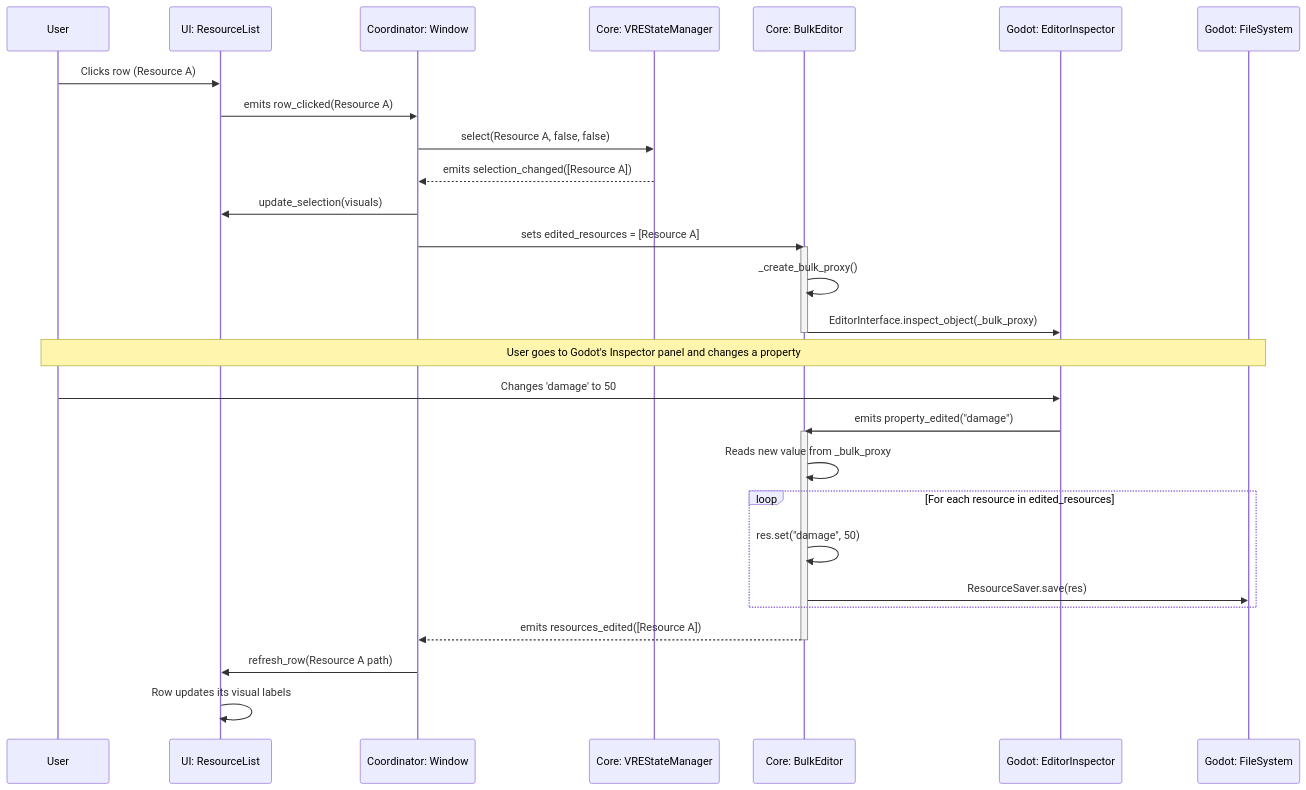
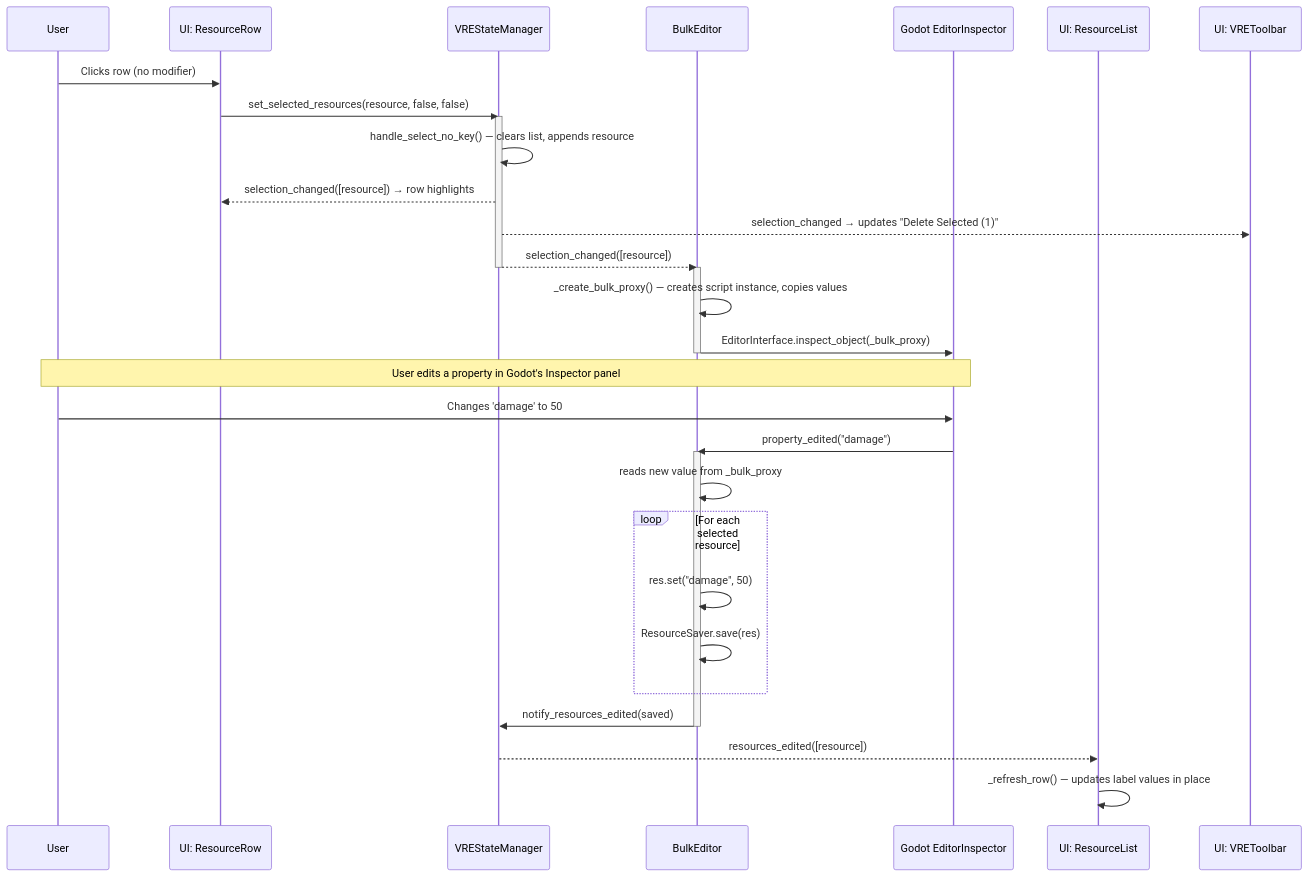
The fourth of 6 diagrams in addons/diablohumastudio/visual_resources_editor/diagrams.md (diablohumastudioadmin/data-systems-2), drawn with Mermaid before and after one commit. The commit also changed other lines of this file and 10 other files, not shown here.

First line of the commit message:
refactor(vre): split VREStateManager into focused sub-managers

````diff
--- a/addons/diablohumastudio/visual_resources_editor/diagrams.md
+++ b/addons/diablohumastudio/visual_resources_editor/diagrams.md
@@ -157,40 +151,42 @@
 ```mermaid
 sequenceDiagram
     participant User
+    participant Row as UI: ResourceRow
+    participant State as VREStateManager
+    participant Bulk as BulkEditor
+    participant Inspector as Godot EditorInspector
     participant ResList as UI: ResourceList
-    participant Window as Coordinator: Window
-    participant State as Core: VREStateManager
-    participant Bulk as Core: BulkEditor
-    participant Inspector as Godot: EditorInspector
-    participant FS as Godot: FileSystem
+    participant Toolbar as UI: VREToolbar
 
-    User->>ResList: Clicks row (Resource A)
-    ResList->>Window: emits row_clicked(Resource A)
-    Window->>State: select(Resource A, false, false)
-    State-->>Window: emits selection_changed([Resource A])
-    
-    Window->>ResList: update_selection(visuals)
-    Window->>Bulk: sets edited_resources = [Resource A]
-    
+    User->>Row: Clicks row (no modifier)
+    Row->>State: set_selected_resources(resource, false, false)
+
+    activate State
+    State->>State: handle_select_no_key() — clears list, appends resource
+    State-->>Row: selection_changed([resource]) → row highlights
+    State-->>Toolbar: selection_changed → updates "Delete Selected (1)"
+    State-->>Bulk: selection_changed([resource])
+    deactivate State
+
     activate Bulk
-    Bulk->>Bulk: _create_bulk_proxy()
+    Bulk->>Bulk: _create_bulk_proxy() — creates script instance, copies values
     Bulk->>Inspector: EditorInterface.inspect_object(_bulk_proxy)
     deactivate Bulk
 
-    Note over User, FS: User goes to Godot's Inspector panel and changes a property
+    Note over User, Inspector: User edits a property in Godot's Inspector panel
 
     User->>Inspector: Changes 'damage' to 50
-    Inspector->>Bulk: emits property_edited("damage")
-    
+    Inspector->>Bulk: property_edited("damage")
+
     activate Bulk
-    Bulk->>Bulk: Reads new value from _bulk_proxy
-    loop For each resource in edited_resources
+    Bulk->>Bulk: reads new value from _bulk_proxy
+    loop For each selected resource
         Bulk->>Bulk: res.set("damage", 50)
-        Bulk->>FS: ResourceSaver.save(res)
+        Bulk->>Bulk: ResourceSaver.save(res)
     end
-    Bulk-->>Window: emits resources_edited([Resource A])
+    Bulk->>State: notify_resources_edited(saved)
     deactivate Bulk
 
-    Window->>ResList: refresh_row(Resource A path)
-    ResList->>ResList: Row updates its visual labels
+    State-->>ResList: resources_edited([resource])
+    ResList->>ResList: _refresh_row() — updates label values in place
 ```
````
